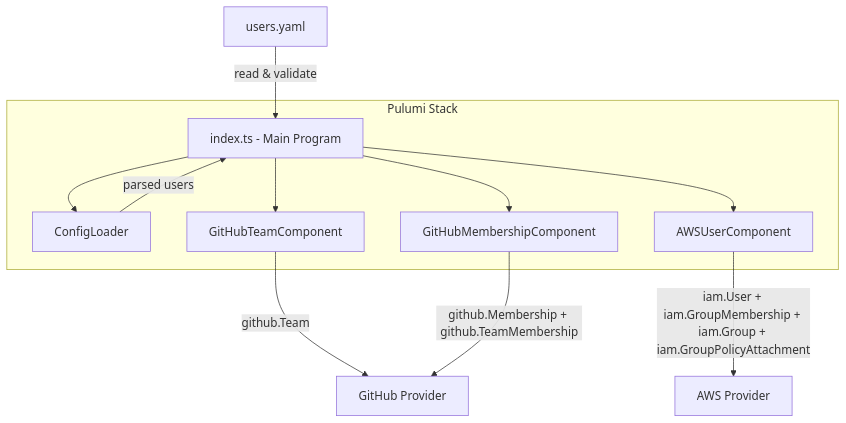
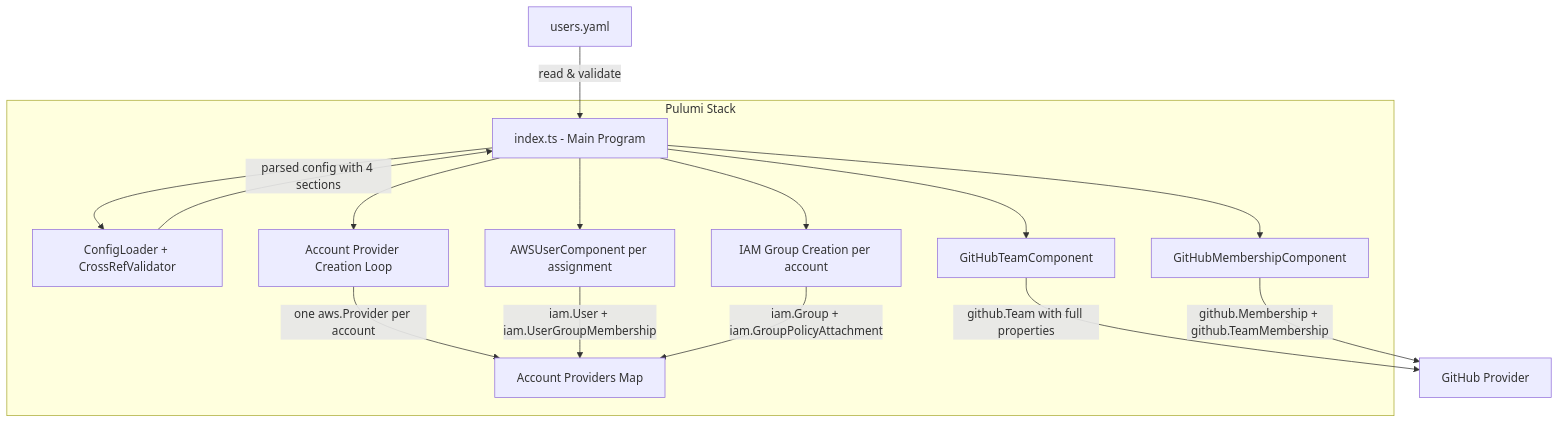
Before and after one commit to jssoriao/devops-user-management: the first of 2 diagrams in .kiro/specs/pulumi-user-management/design.md, drawn with Mermaid. The commit also changed other lines of this file and 2 other files, not shown here.

Commit message:
update spec for more flexibility and better config design

````diff
--- a/.kiro/specs/pulumi-user-management/design.md
+++ b/.kiro/specs/pulumi-user-management/design.md
@@ -22,20 +27,27 @@
 ```mermaid
 graph TD
     A[users.yaml] -->|read & validate| B[index.ts - Main Program]
-    B --> C[ConfigLoader]
-    C -->|parsed users| B
+    B --> C[ConfigLoader + CrossRefValidator]
+    C -->|parsed config with 4 sections| B
+    B --> P[Account Provider Creation Loop]
+    P -->|one aws.Provider per account| PA[Account Providers Map]
     B --> D[GitHubTeamComponent]
     B --> E[GitHubMembershipComponent]
-    B --> F[AWSUserComponent]
-    D -->|github.Team| G[GitHub Provider]
-    E -->|github.Membership + github.TeamMembership| G
-    F -->|iam.User + iam.GroupMembership + iam.Group + iam.GroupPolicyAttachment| H[AWS Provider]
+    B --> F[AWSUserComponent per assignment]
+    B --> G[IAM Group Creation per account]
+    D -->|github.Team with full properties| H[GitHub Provider]
+    E -->|github.Membership + github.TeamMembership| H
+    F -->|iam.User + iam.UserGroupMembership| PA
+    G -->|iam.Group + iam.GroupPolicyAttachment| PA
 
     subgraph Pulumi Stack
         B
         C
+        P
+        PA
         D
         E
         F
+        G
     end
 ```
````
